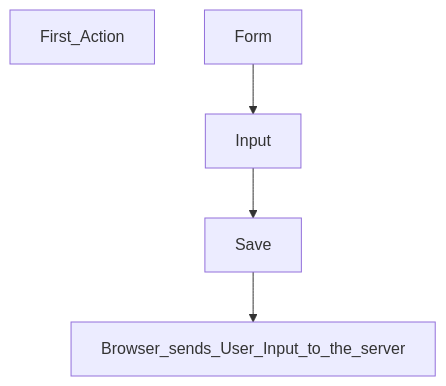
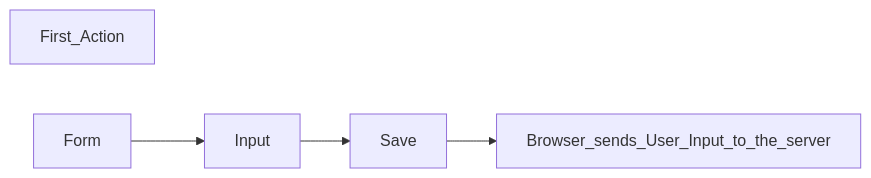
Before and after one commit to pratik-parascout/part0: the diagram in README.md, drawn with Mermaid. The commit also changed other lines of this file, not shown here.

````diff
--- a/README.md
+++ b/README.md
@@ -2,6 +2,6 @@
 ```mermaid
-graph TD;
+graph LR;
 First_Action;
 
 Form-->Input --> Save --> Browser_sends_User_Input_to_the_server;
 ```
````
